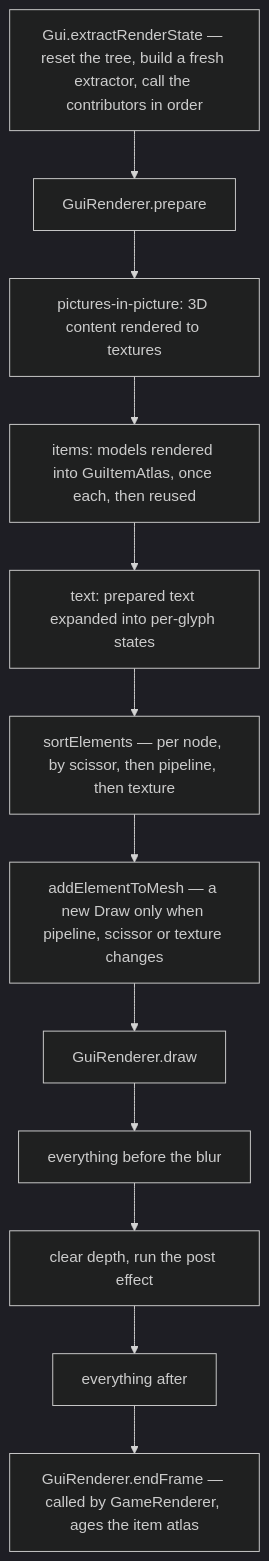
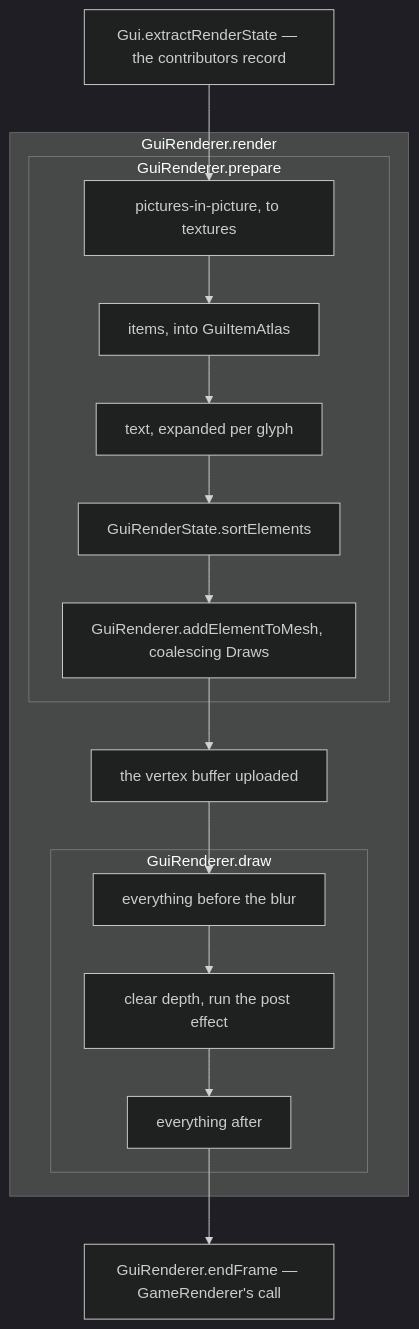
The second of 2 diagrams in src/systems/client/the-gui-render-tree.md (AlexanderjFraser/MinecraftDocs), drawn with Mermaid (dark theme) before and after one commit. The commit also changed other lines of this file and 18 other files, not shown here.

````diff
--- a/src/systems/client/the-gui-render-tree.md
+++ b/src/systems/client/the-gui-render-tree.md
@@ -135,17 +134,25 @@
 ```mermaid
 flowchart TD
-    REC["Gui.extractRenderState — reset the tree, build a fresh extractor, call the contributors in order"]
-    PREP["GuiRenderer.prepare"]
-    PIP["pictures-in-picture: 3D content rendered to textures"]
-    ITEM["items: models rendered into GuiItemAtlas, once each, then reused"]
-    TEXT["text: prepared text expanded into per-glyph states"]
-    SORT["sortElements — per node, by scissor, then pipeline, then texture"]
-    MESH["addElementToMesh — a new Draw only when pipeline, scissor or texture changes"]
-    DRAW["GuiRenderer.draw"]
-    BEFORE["everything before the blur"]
-    BLUR["clear depth, run the post effect"]
-    AFTER["everything after"]
-    END["GuiRenderer.endFrame — called by GameRenderer, ages the item atlas"]
-    REC --> PREP --> PIP --> ITEM --> TEXT --> SORT --> MESH --> DRAW
-    DRAW --> BEFORE --> BLUR --> AFTER --> END
+    REC["Gui.extractRenderState — the contributors record"]
+    subgraph RENDER["GuiRenderer.render"]
+        subgraph PREP["GuiRenderer.prepare"]
+            PIP["pictures-in-picture, to textures"]
+            ITEM["items, into GuiItemAtlas"]
+            TEXT["text, expanded per glyph"]
+            SORT["GuiRenderState.sortElements"]
+            MESH["GuiRenderer.addElementToMesh, coalescing Draws"]
+            PIP --> ITEM --> TEXT --> SORT --> MESH
+        end
+        UP["the vertex buffer uploaded"]
+        subgraph DRAW["GuiRenderer.draw"]
+            BEFORE["everything before the blur"]
+            BLUR["clear depth, run the post effect"]
+            AFTER["everything after"]
+            BEFORE --> BLUR --> AFTER
+        end
+        MESH --> UP --> BEFORE
+    end
+    END["GuiRenderer.endFrame — GameRenderer's call"]
+    REC --> PIP
+    AFTER --> END
 ```
````
